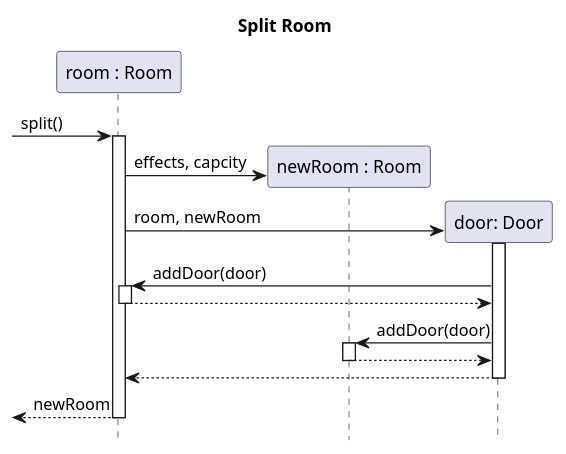
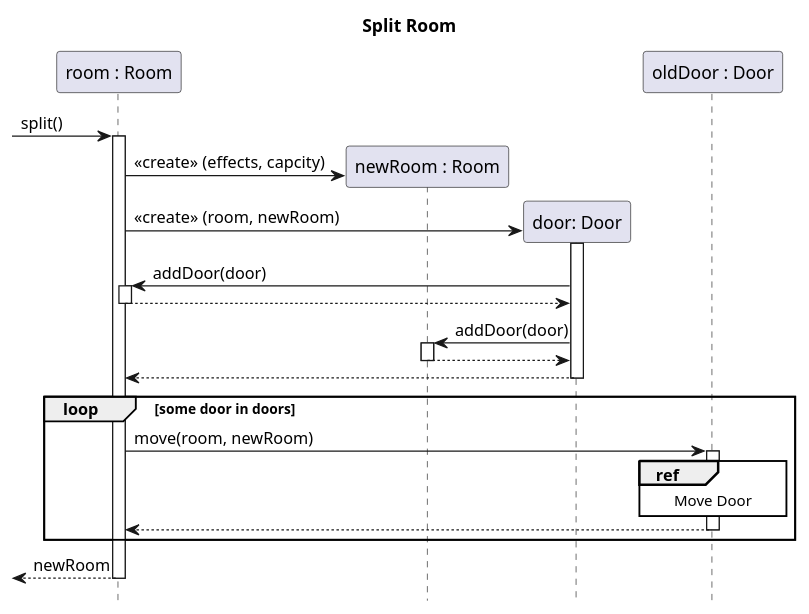
Before and after one commit to sn4k3ch4rm3r/logarlec: the diagram in docs/diagrams/sequence/room-split.puml, drawn with PlantUML. The commit also changed 10 other files, not shown here.

Commit message:
Fixed errors, attempted to get the sequences and the class diagram in sync

```diff
--- a/docs/diagrams/sequence/room-split.puml
+++ b/docs/diagrams/sequence/room-split.puml
@@ -1,18 +1,26 @@
 @startuml room-split
 title Split Room
 hide footbox
+skinparam SequenceReferenceBackgroundColor white
 
 participant "room : Room" as r1
+
 [-> r1 ++: split()
 	create "newRoom : Room" as r2
-	r1 -> r2: effects, capcity
+	r1 -> r2: <<create>> (effects, capcity)
 	create  "door: Door" as d
-	r1 -> d ++: room, newRoom
+	r1 -> d ++: <<create>> (room, newRoom)
 		d -> r1 ++ : addDoor(door)
 		return
 		d -> r2 ++ : addDoor(door)
 		return
 	return
+	participant "oldDoor : Door" as oldDoor
+	loop some door in doors
+		r1 -> oldDoor ++: move(room, newRoom)
+		ref over oldDoor : Move Door
+		return
+	end
 return newRoom
 
 @enduml
```
